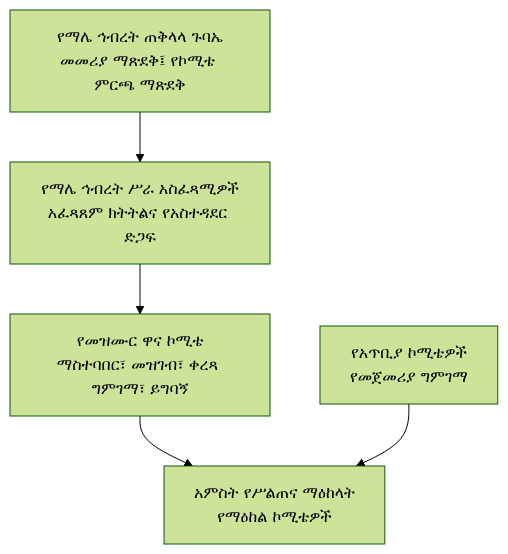
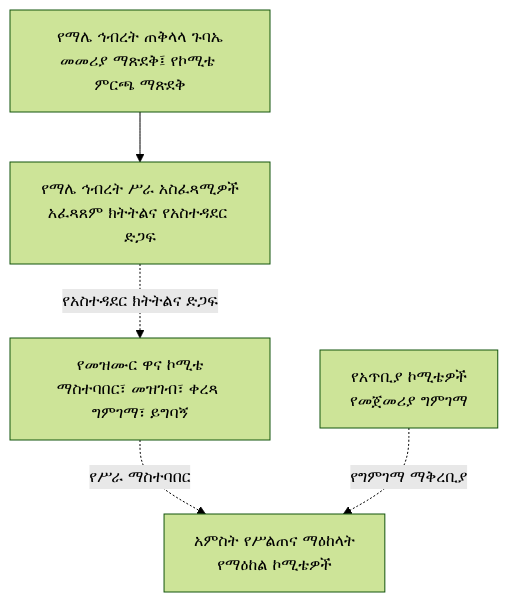
Before and after one commit to akefadaka-git/ekhc-digital-platform: the second of 3 diagrams in docs/governance/maale-song-review-directive-am.md, drawn with Mermaid (forest theme). The commit also changed other lines of this file, not shown here.

````diff
--- a/docs/governance/maale-song-review-directive-am.md
+++ b/docs/governance/maale-song-review-directive-am.md
@@ -95,7 +95,7 @@
 ```mermaid
 flowchart TD
  A[የማሌ ኅብረት ጠቅላላ ጉባኤ<br/>መመሪያ ማጽደቅ፤ የኮሚቴ ምርጫ ማጽደቅ] --> B[የማሌ ኅብረት ሥራ አስፈጻሚዎች<br/>አፈጻጸም ክትትልና የአስተዳደር ድጋፍ]
- B --> C[የመዝሙር ዋና ኮሚቴ<br/>ማስተባበር፣ መዝገብ፣ ቀረጻ ግምገማ፣ ይግባኝ]
- C --> D[አምስት የሥልጠና ማዕከላት<br/>የማዕከል ኮሚቴዎች]
- E[የአጥቢያ ኮሚቴዎች<br/>የመጀመሪያ ግምገማ] --> D
+ B -. የአስተዳደር ክትትልና ድጋፍ .-> C[የመዝሙር ዋና ኮሚቴ<br/>ማስተባበር፣ መዝገብ፣ ቀረጻ ግምገማ፣ ይግባኝ]
+ C -. የሥራ ማስተባበር .-> D[አምስት የሥልጠና ማዕከላት<br/>የማዕከል ኮሚቴዎች]
+ E[የአጥቢያ ኮሚቴዎች<br/>የመጀመሪያ ግምገማ] -. የግምገማ ማቅረቢያ .-> D
 ```
````
